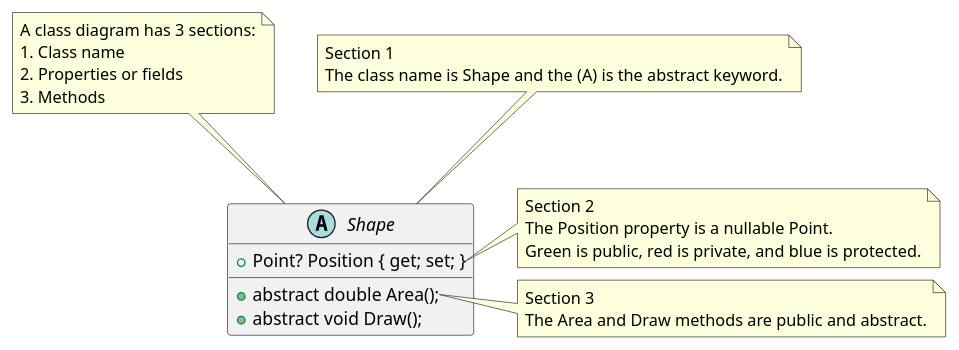
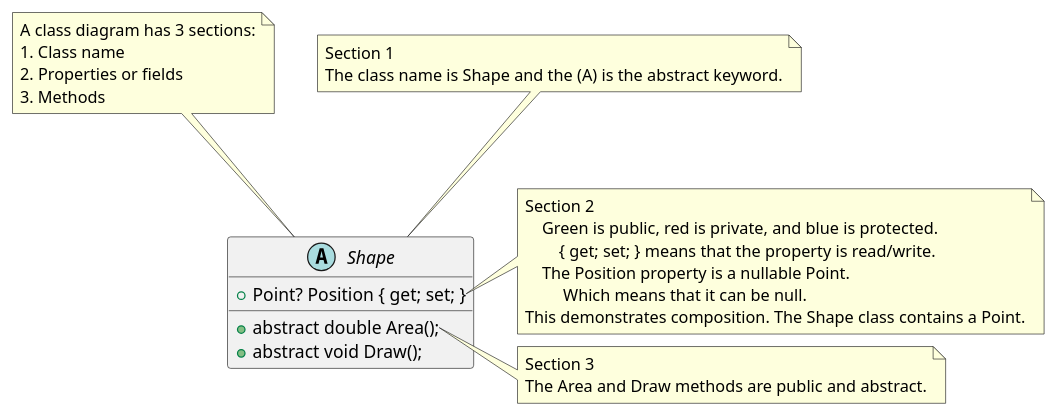
One commit to d-german/intro-uml changed the diagram in intro-uml/Shape.puml. Above: the diagram before and after it, drawn with PlantUML. The commit also changed 1 other file, not shown here.

```diff
--- a/intro-uml/Shape.puml
+++ b/intro-uml/Shape.puml
@@ -1,30 +1,33 @@
 @startuml
 abstract class Shape 
 {
     + Point? Position { get; set; }
     + abstract double Area();
     + abstract void Draw();
 }
 note top of Shape
     A class diagram has 3 sections:
     1. Class name
     2. Properties or fields
     3. Methods  
 end note
 
 note top of Shape
 Section 1
 The class name is Shape and the (A) is the abstract keyword.
 end note
 
 note right of Shape::Point?
 Section 2
-The Position property is a nullable Point.
-Green is public, red is private, and blue is protected.
+    Green is public, red is private, and blue is protected.
+        { get; set; } means that the property is read/write.
+    The Position property is a nullable Point.
+         Which means that it can be null.
+This demonstrates composition. The Shape class contains a Point.
 end note
 
 note right of Shape::Area()
 Section 3
 The Area and Draw methods are public and abstract.
 end note
 @enduml
```
